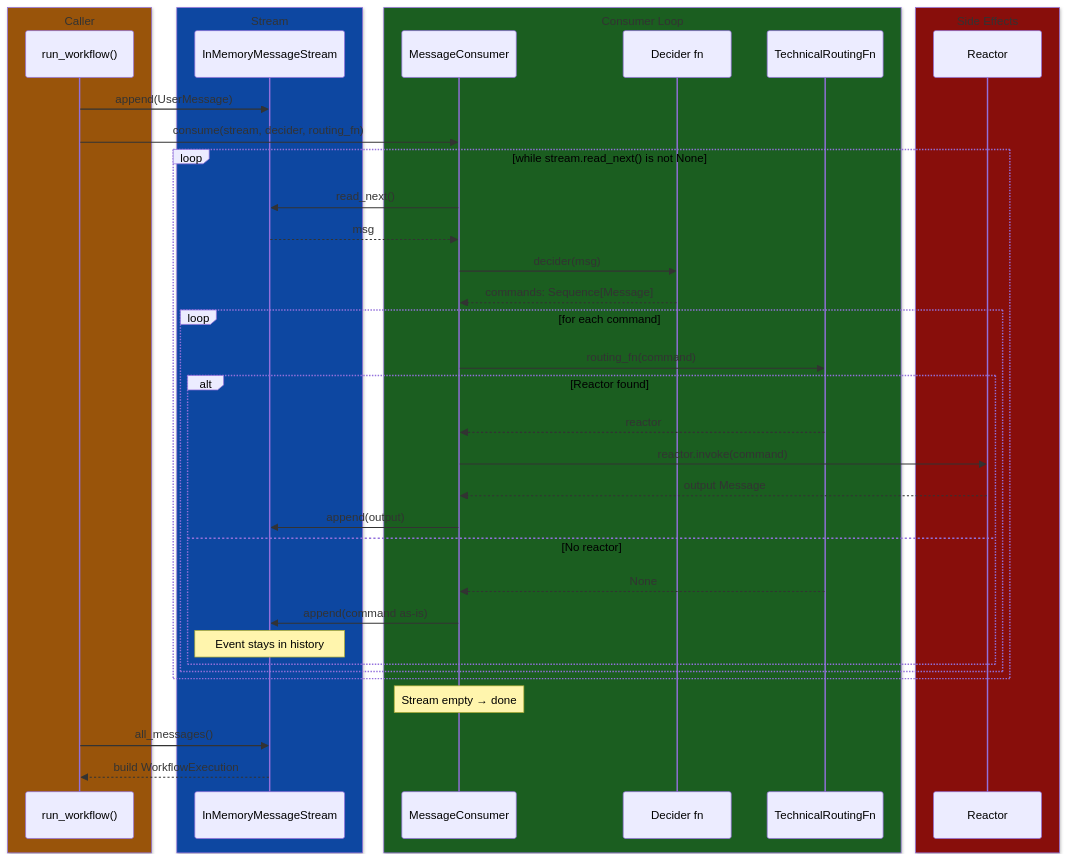
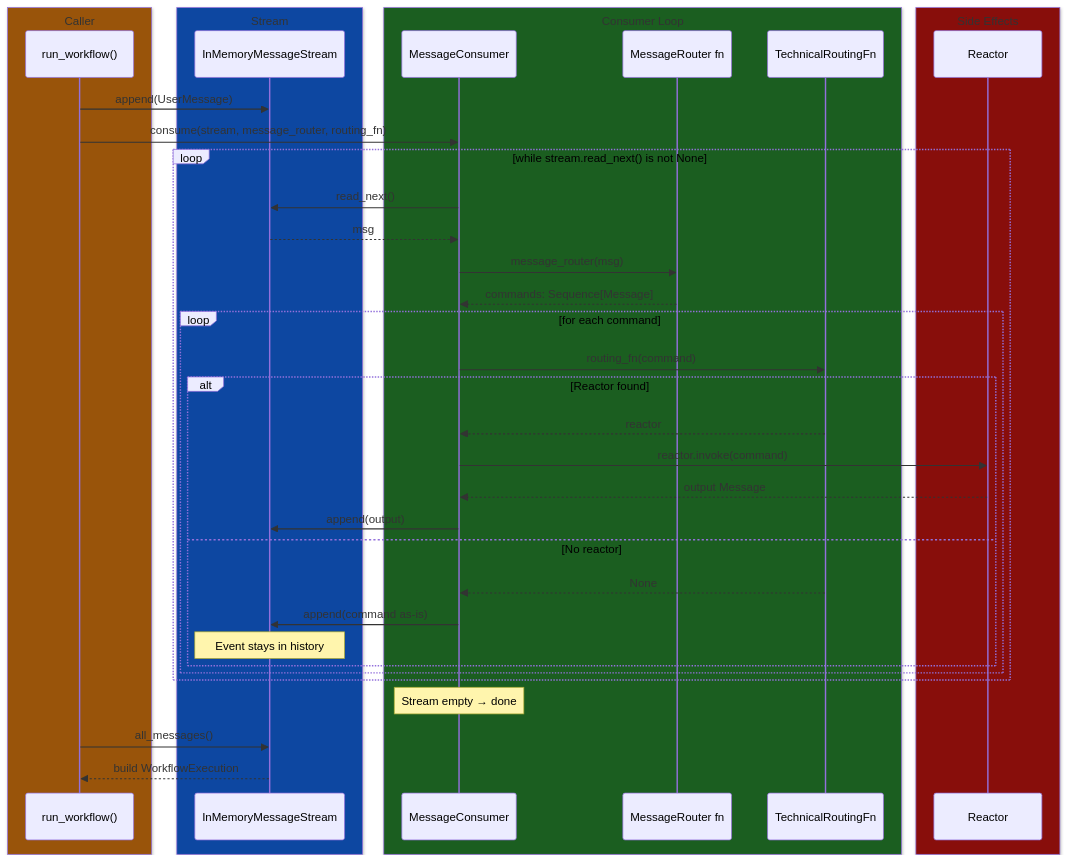
Diagram 15 of 17 in packages/workshops/diagrams.md (aispiritlab/aispiritlab-agentic), drawn with Mermaid before and after one commit. The commit also changed other lines of this file and 46 other files, not shown here.

````diff
--- a/packages/workshops/diagrams.md
+++ b/packages/workshops/diagrams.md
@@ -745,50 +745,50 @@
 ```mermaid
 sequenceDiagram
   box rgb(153, 84, 10) Caller
     participant Caller as run_workflow()
   end
 
   box rgb(13, 71, 161) Stream
     participant Stream as InMemoryMessageStream
   end
 
   box rgb(27, 94, 32) Consumer Loop
     participant Consumer as MessageConsumer
-    participant Decider as Decider fn
+    participant MessageRouter as MessageRouter fn
     participant Routing as TechnicalRoutingFn
   end
 
   box rgb(136, 14, 11) Side Effects
     participant Reactor as Reactor
   end
 
   Caller->>Stream: append(UserMessage)
-  Caller->>Consumer: consume(stream, decider, routing_fn)
+  Caller->>Consumer: consume(stream, message_router, routing_fn)
 
   loop while stream.read_next() is not None
     Consumer->>Stream: read_next()
     Stream-->>Consumer: msg
 
-    Consumer->>Decider: decider(msg)
-    Decider-->>Consumer: commands: Sequence[Message]
+    Consumer->>MessageRouter: message_router(msg)
+    MessageRouter-->>Consumer: commands: Sequence[Message]
 
     loop for each command
       Consumer->>Routing: routing_fn(command)
 
       alt Reactor found
         Routing-->>Consumer: reactor
         Consumer->>Reactor: reactor.invoke(command)
         Reactor-->>Consumer: output Message
         Consumer->>Stream: append(output)
       else No reactor
         Routing-->>Consumer: None
         Consumer->>Stream: append(command as-is)
         Note over Stream: Event stays in history
       end
     end
   end
 
   Note over Consumer: Stream empty → done
   Caller->>Stream: all_messages()
   Stream-->>Caller: build WorkflowExecution
 ```
````
